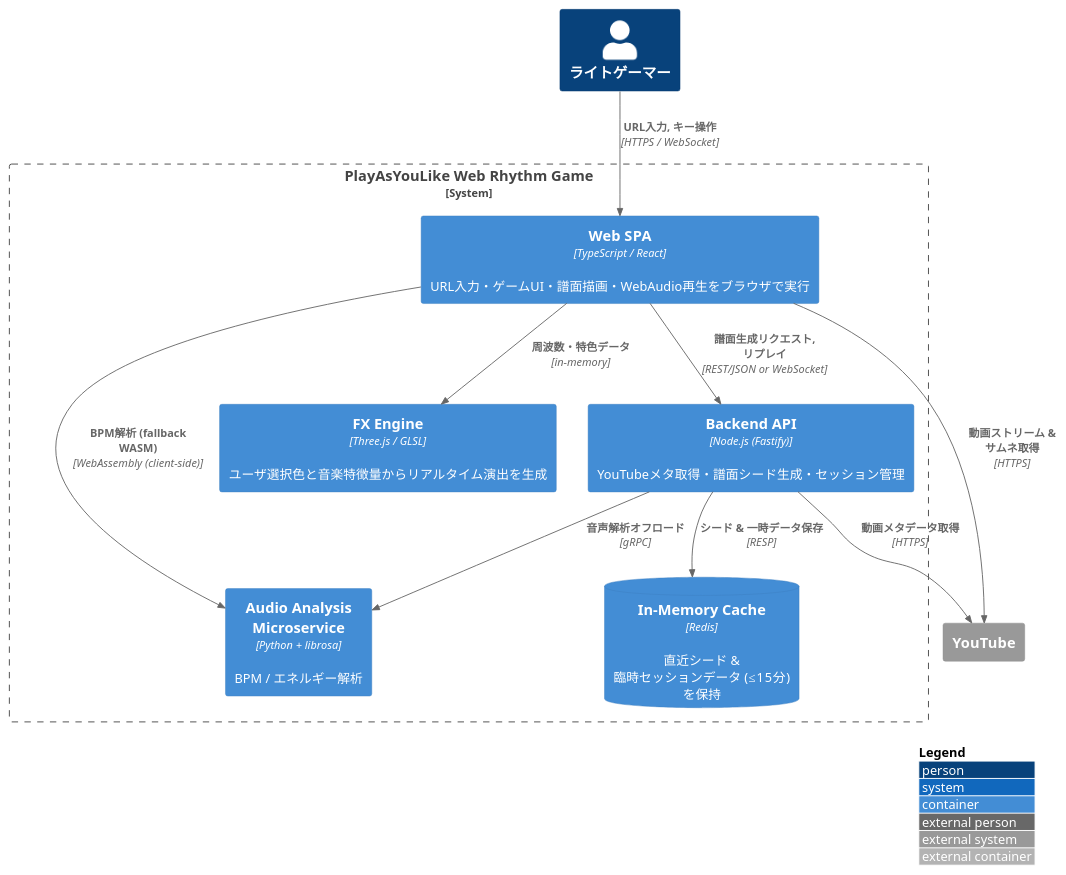
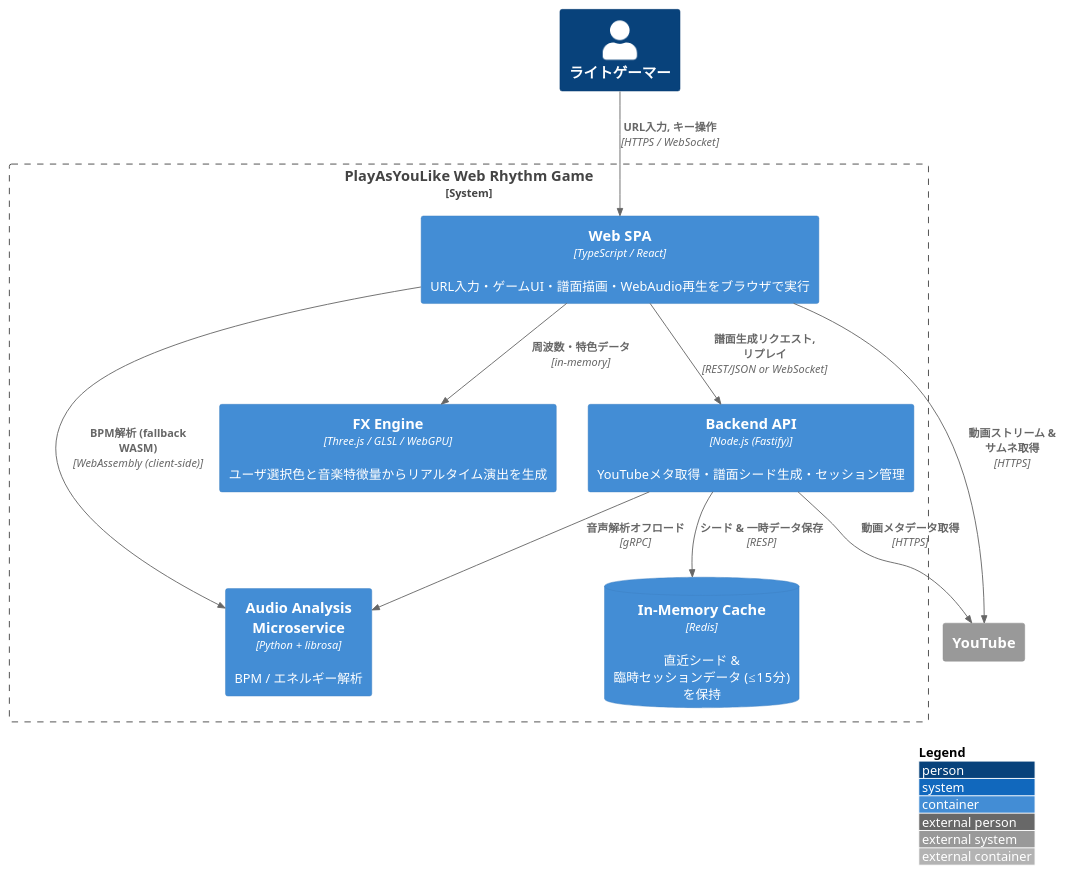
One commit to u-keiya/play_as_you_like changed the diagram in docs/03_design/diagrams/c4/container.puml. Above: the diagram before and after it, drawn with PlantUML.

```diff
--- a/docs/03_design/diagrams/c4/container.puml
+++ b/docs/03_design/diagrams/c4/container.puml
@@ -1,31 +1,31 @@
 @startuml
 !includeurl https://raw.githubusercontent.com/plantuml-stdlib/C4-PlantUML/master/C4_Container.puml
 
 '-------------------------------------------------
 ' C4-Container Diagram: PlayAsYouLike Web Rhythm Game
 '-------------------------------------------------
 LAYOUT_WITH_LEGEND()
 
 Person(user, "ライトゲーマー")
 
 System_Boundary(playAsUL, "PlayAsYouLike Web Rhythm Game") {
 
     Container(webspa, "Web SPA", "TypeScript / React", "URL入力・ゲームUI・譜面描画・WebAudio再生をブラウザで実行")
-    Container(fx, "FX Engine", "Three.js / GLSL", "ユーザ選択色と音楽特徴量からリアルタイム演出を生成")
+    Container(fx, "FX Engine", "Three.js / GLSL / WebGPU", "ユーザ選択色と音楽特徴量からリアルタイム演出を生成")
     Container(api, "Backend API", "Node.js (Fastify)", "YouTubeメタ取得・譜面シード生成・セッション管理")
     ContainerDb(cache, "In-Memory Cache", "Redis", "直近シード & 臨時セッションデータ (≤15分) を保持")
     Container(audioSvc, "Audio Analysis Microservice", "Python + librosa", "BPM / エネルギー解析")
 }
 
 System_Ext(youtube, "YouTube")
 
 Rel(user, webspa, "URL入力, キー操作", "HTTPS / WebSocket")
 Rel(webspa, youtube, "動画ストリーム & サムネ取得", "HTTPS")
 Rel(webspa, api, "譜面生成リクエスト, リプレイ", "REST/JSON or WebSocket")
 Rel(api, cache, "シード & 一時データ保存", "RESP")
 Rel(api, audioSvc, "音声解析オフロード", "gRPC")
 Rel(api, youtube, "動画メタデータ取得", "HTTPS")
 Rel_R(webspa, audioSvc, "BPM解析 (fallback WASM)", "WebAssembly (client-side)")
 Rel(webspa, fx, "周波数・特色データ", "in-memory")
 
 @enduml
```
